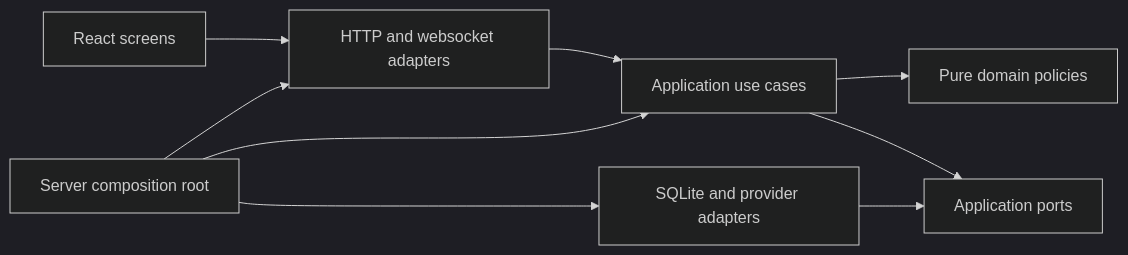
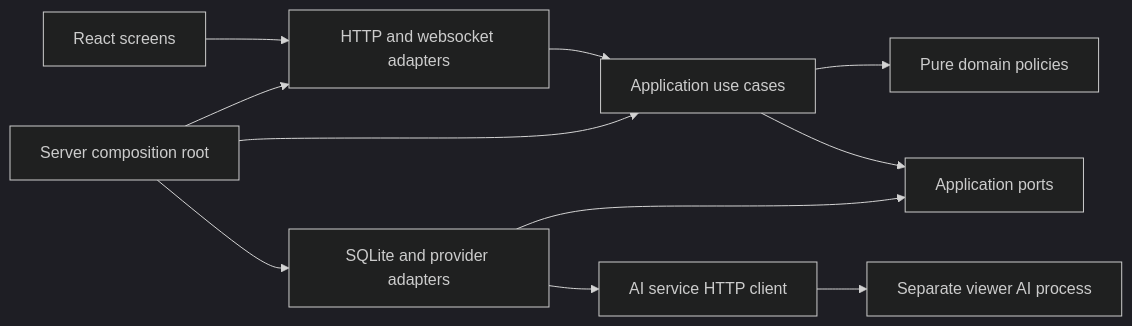
One commit to lllllrad/ai-fake-viewer changed the diagram in docs/development/architecture.md. Above: the diagram before and after it, drawn with Mermaid (dark theme). The commit also changed other lines of this file and 18 other files, not shown here.

````diff
--- a/docs/development/architecture.md
+++ b/docs/development/architecture.md
@@ -32,11 +33,13 @@
 ```mermaid
 flowchart LR
   UI[React screens] --> HTTP[HTTP and websocket adapters]
   HTTP --> App[Application use cases]
   App --> Domain[Pure domain policies]
   App --> Ports[Application ports]
   Infra[SQLite and provider adapters] --> Ports
   Root[Server composition root] --> App
   Root --> Infra
   Root --> HTTP
+  Infra --> Client[AI service HTTP client]
+  Client --> AI[Separate viewer AI process]
 ```
````
